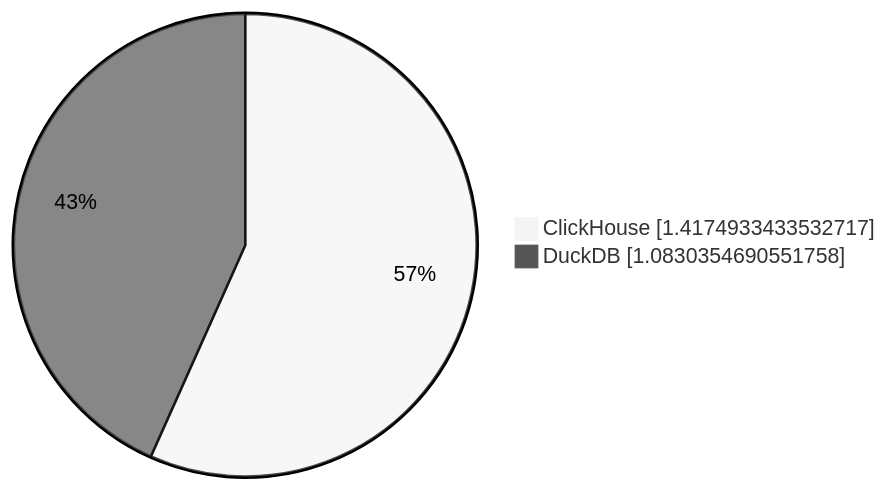
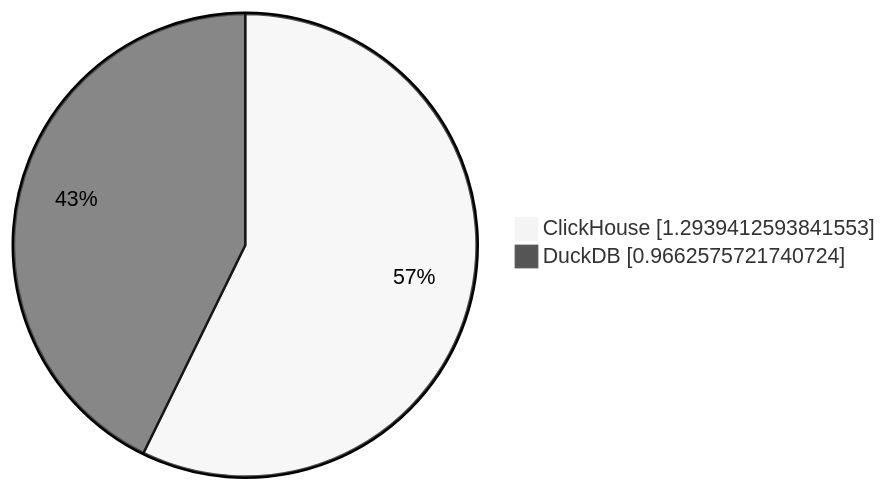
Before and after one commit to Altinity/clickhouse-regression: diagram 13 of 19 in parquet/performance/results/hits/23.11.1.2711-alpine/README.md, drawn with Mermaid (neutral theme). The commit also changed other lines of this file and 8 other files, not shown here.

````diff
--- a/parquet/performance/results/hits/23.11.1.2711-alpine/README.md
+++ b/parquet/performance/results/hits/23.11.1.2711-alpine/README.md
@@ -130,5 +130,5 @@
 ```mermaid
      pie showData
-         "ClickHouse" : 1.4174933433532717
-         "DuckDB" : 1.0830354690551758
+         "ClickHouse" : 1.2939412593841553
+         "DuckDB" : 0.9662575721740724
 ```
````
